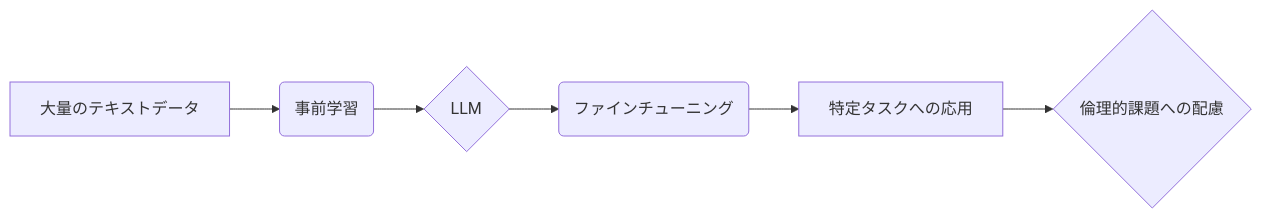
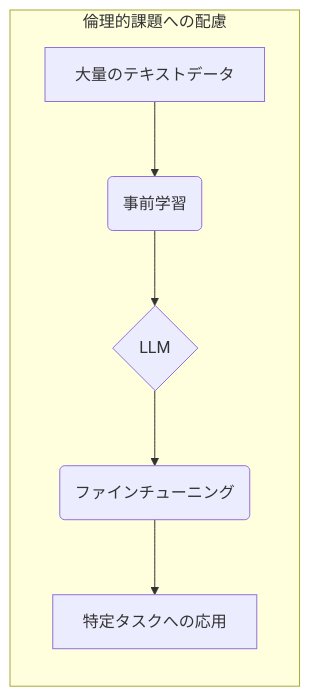
Before and after one commit to SparklingDetergent/doc_genai_About_types_of_large-scale_language_models_LLM: the first of 2 diagrams in README.md, drawn with Mermaid.

````diff
--- a/README.md
+++ b/README.md
@@ -54,8 +54,9 @@
 ```mermaid
 graph LR
-    A[大量のテキストデータ] --> B(事前学習)
-    B --> C{LLM}
-    C --> D(ファインチューニング)
-    D --> E[特定タスクへの応用]
-    E --> F{倫理的課題への配慮}
+    subgraph "倫理的課題への配慮"
+        A[大量のテキストデータ] --> B(事前学習)
+        B --> C{LLM}
+        C --> D(ファインチューニング)
+        D --> E[特定タスクへの応用]
+    end
 ```
````
